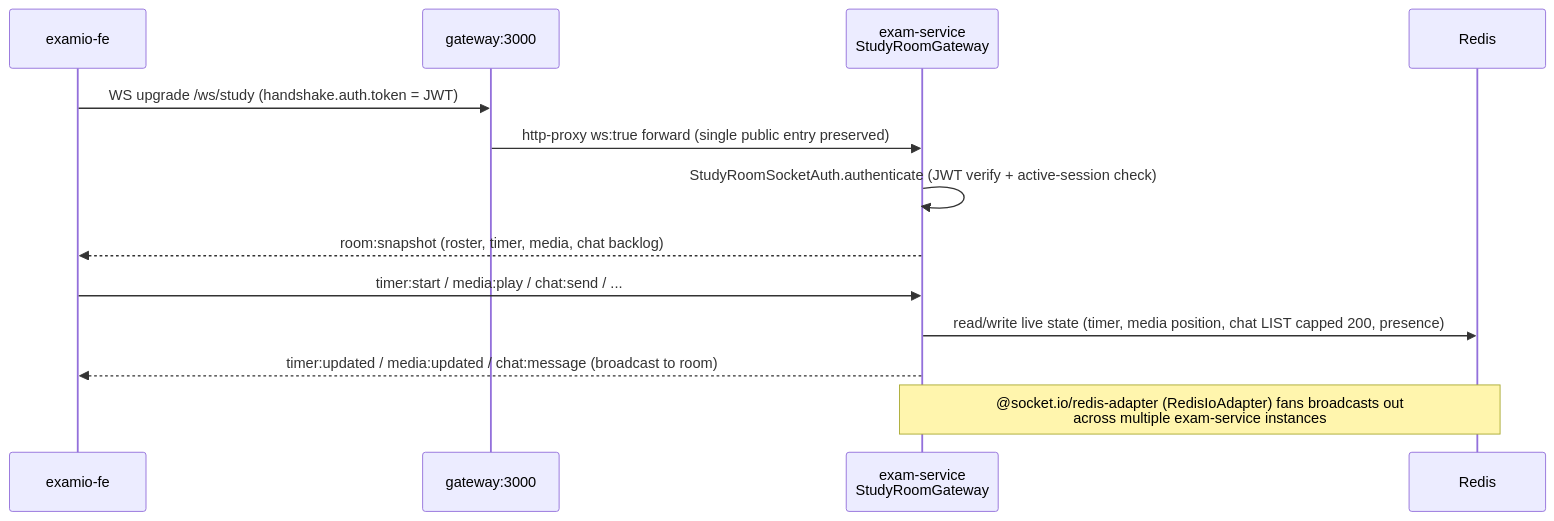
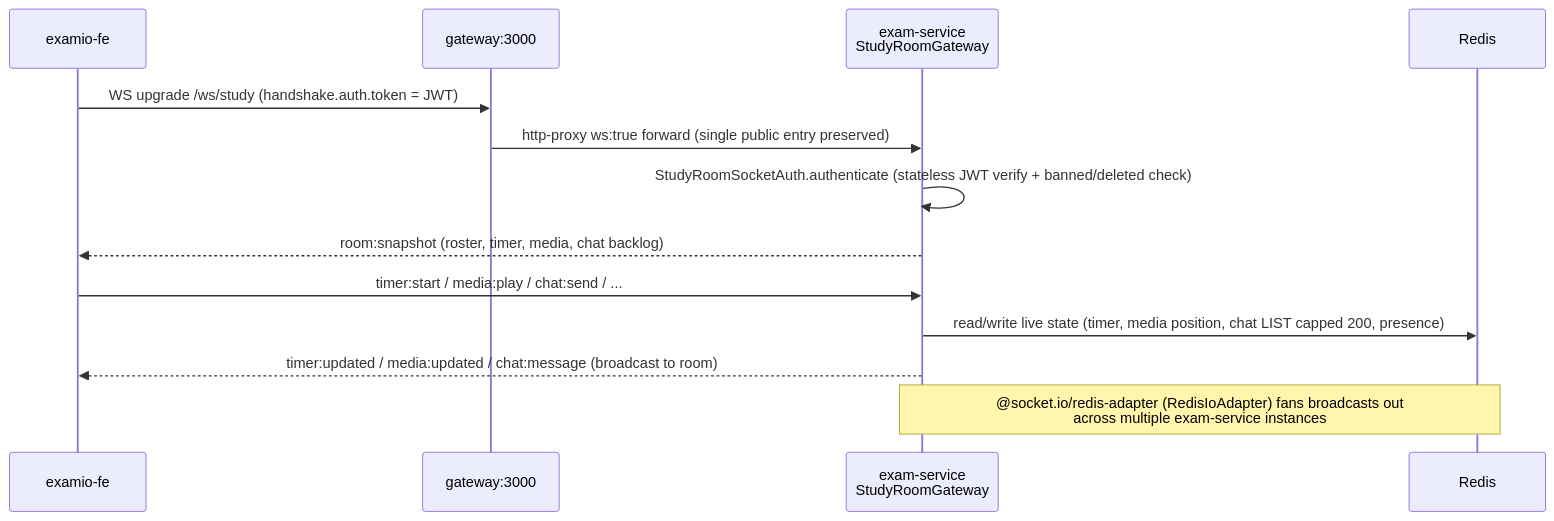
The sixth of 8 diagrams in docs/system/architecture.md (tgiap04/examio), drawn with Mermaid before and after one commit. The commit also changed other lines of this file and 13 other files, not shown here.

````diff
--- a/docs/system/architecture.md
+++ b/docs/system/architecture.md
@@ -194,15 +194,15 @@
 ```mermaid
 sequenceDiagram
     participant FE as examio-fe
     participant GW as gateway:3000
     participant EX as exam-service<br/>StudyRoomGateway
     participant R as Redis
     FE->>GW: WS upgrade /ws/study (handshake.auth.token = JWT)
     GW->>EX: http-proxy ws:true forward (single public entry preserved)
-    EX->>EX: StudyRoomSocketAuth.authenticate (JWT verify + active-session check)
+    EX->>EX: StudyRoomSocketAuth.authenticate (stateless JWT verify + banned/deleted check)
     EX-->>FE: room:snapshot (roster, timer, media, chat backlog)
     FE->>EX: timer:start / media:play / chat:send / ...
     EX->>R: read/write live state (timer, media position, chat LIST capped 200, presence)
     EX-->>FE: timer:updated / media:updated / chat:message (broadcast to room)
     Note over EX,R: @socket.io/redis-adapter (RedisIoAdapter) fans broadcasts out<br/>across multiple exam-service instances
 ```
````
